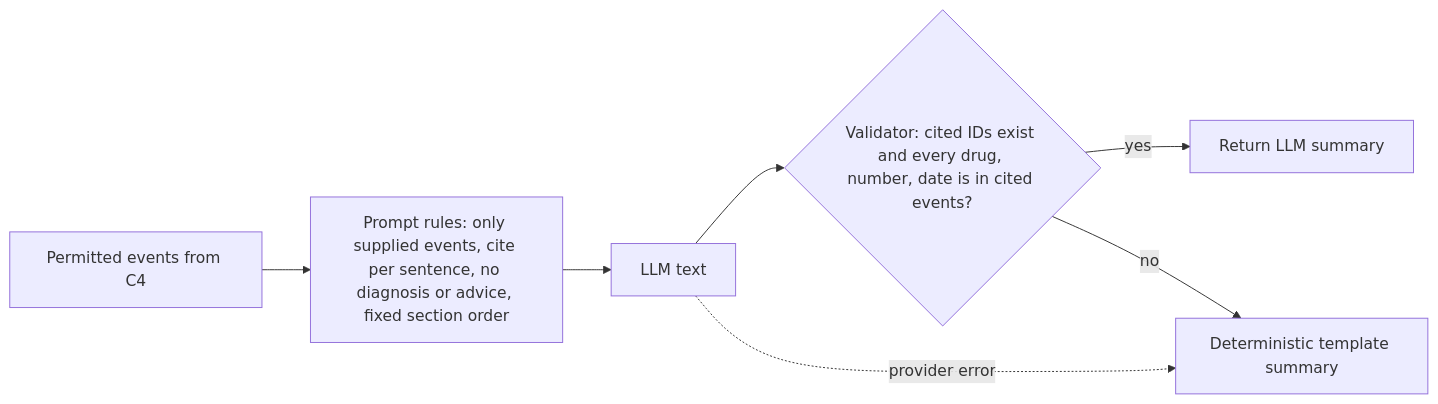
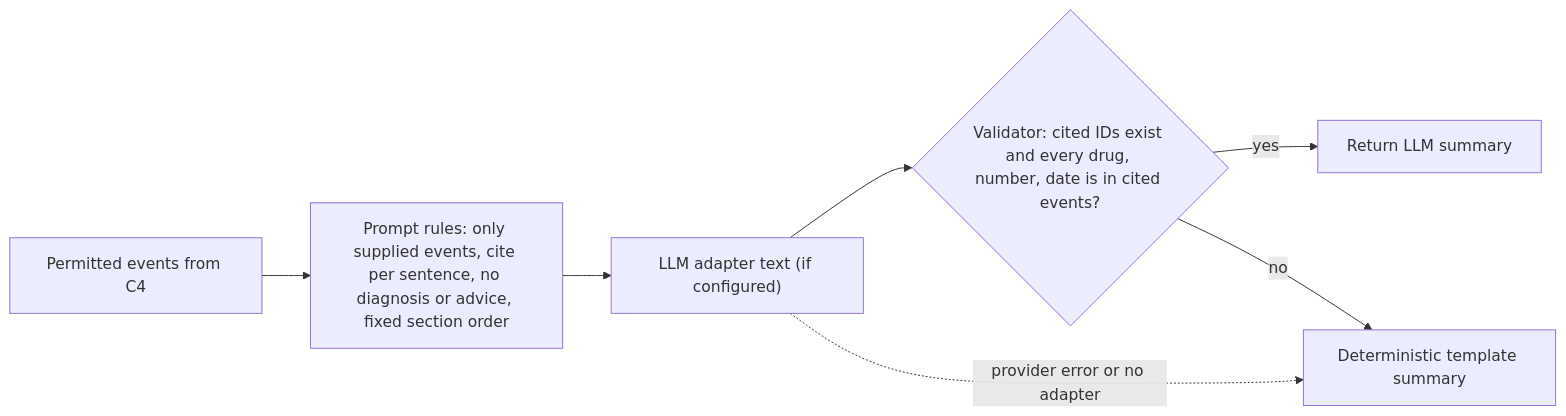
One commit to sarwar-islam/swasthyoid changed diagram 31 of 32 in docs/FRD.md. Above: the diagram before and after it, drawn with Mermaid. The commit also changed other lines of this file and 4 other files, not shown here.

````diff
--- a/docs/FRD.md
+++ b/docs/FRD.md
@@ -1348,9 +1459,9 @@
 ```mermaid
 flowchart LR
     EV["Permitted events from C4"] --> PR["Prompt rules: only supplied events, cite per sentence, no diagnosis or advice, fixed section order"]
-    PR --> LLM["LLM text"]
+    PR --> LLM["LLM adapter text (if configured)"]
     LLM --> V{"Validator: cited IDs exist and every drug, number, date is in cited events?"}
     V -- yes --> OK["Return LLM summary"]
     V -- no --> TPL["Deterministic template summary"]
-    LLM -. "provider error" .-> TPL
+    LLM -. "provider error or no adapter" .-> TPL
 ```
````
